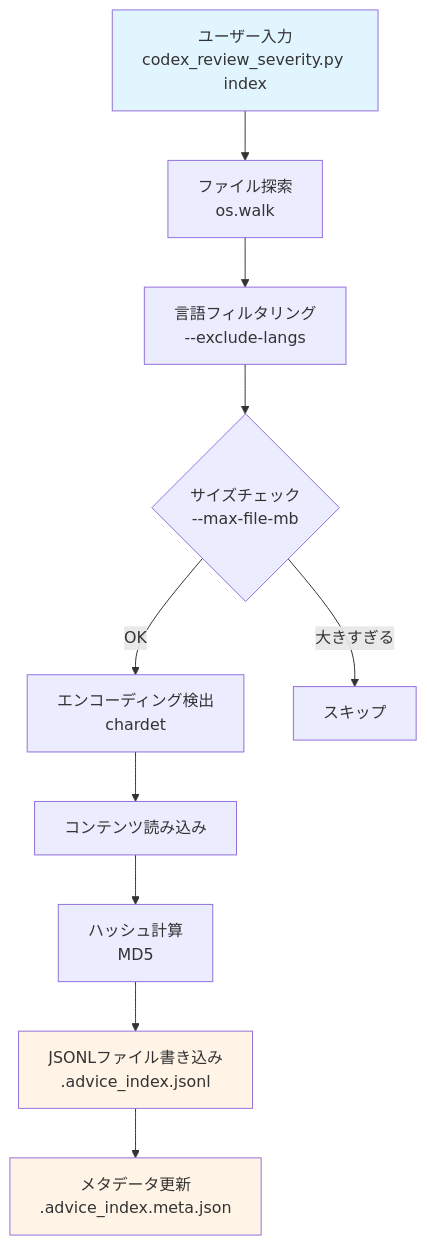
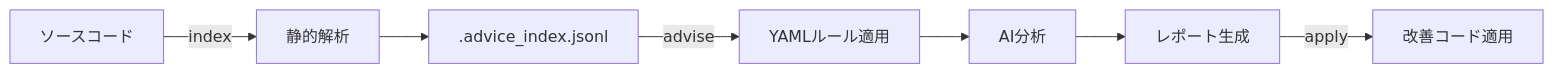
One commit to KEIEI-NET/BugSearch2 changed the second of 2 diagrams in doc/ARCHITECTURE.md. Above: the diagram before and after it, drawn with Mermaid. The commit also changed other lines of this file and 16 other files, not shown here.

````diff
--- a/doc/ARCHITECTURE.md
+++ b/doc/ARCHITECTURE.md
@@ -982,16 +174,9 @@
 ```mermaid
-graph TD
-    A[ユーザー入力<br/>codex_review_severity.py index] --> B[ファイル探索<br/>os.walk]
-    B --> C[言語フィルタリング<br/>--exclude-langs]
-    C --> D{サイズチェック<br/>--max-file-mb}
-    D -->|OK| E[エンコーディング検出<br/>chardet]
-    D -->|大きすぎる| F[スキップ]
-    E --> G[コンテンツ読み込み]
-    G --> H[ハッシュ計算<br/>MD5]
-    H --> I[JSONLファイル書き込み<br/>.advice_index.jsonl]
-    I --> J[メタデータ更新<br/>.advice_index.meta.json]
-
-    style A fill:#e1f5ff
-    style I fill:#fff4e6
-    style J fill:#fff4e6
+graph LR
+    A[ソースコード] -->|index| B[静的解析]
+    B --> C[.advice_index.jsonl]
+    C -->|advise| D[YAMLルール適用]
+    D --> E[AI分析]
+    E --> F[レポート生成]
+    F -->|apply| G[改善コード適用]
 ```
````
